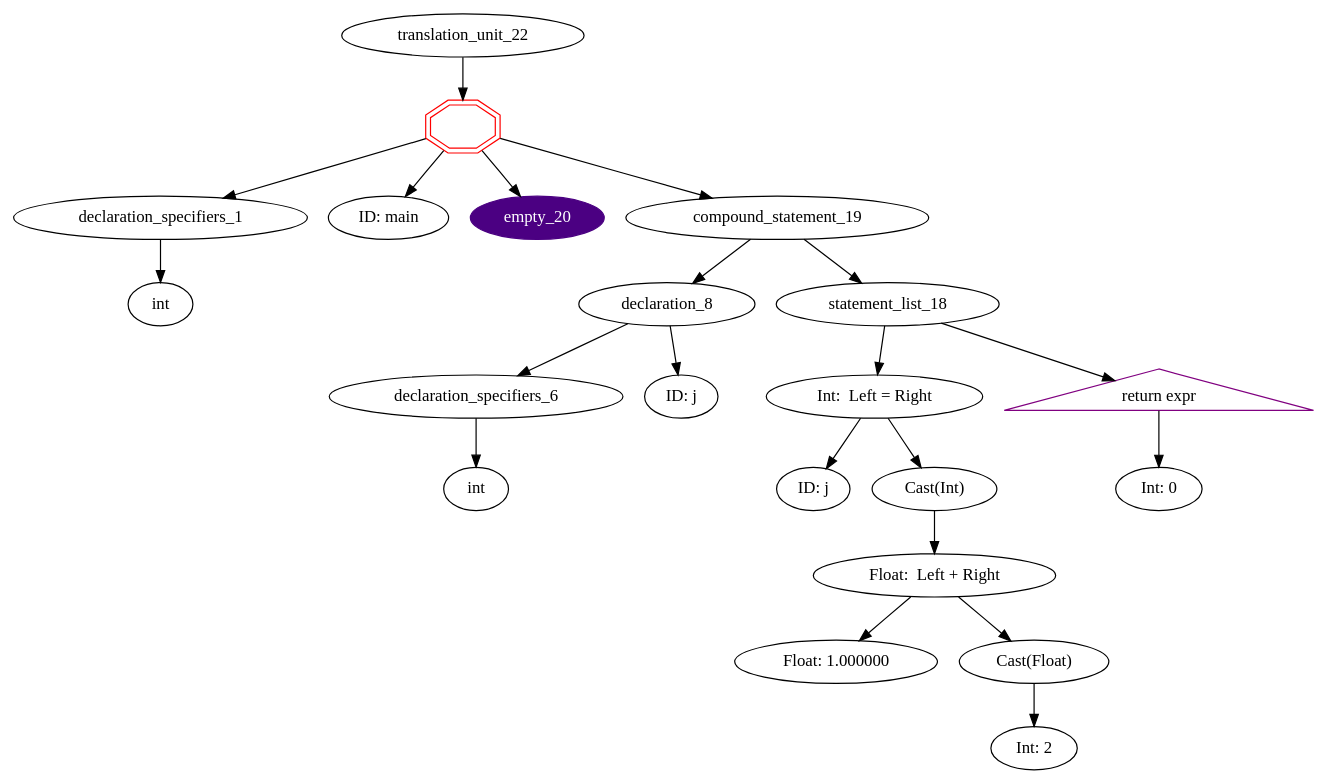
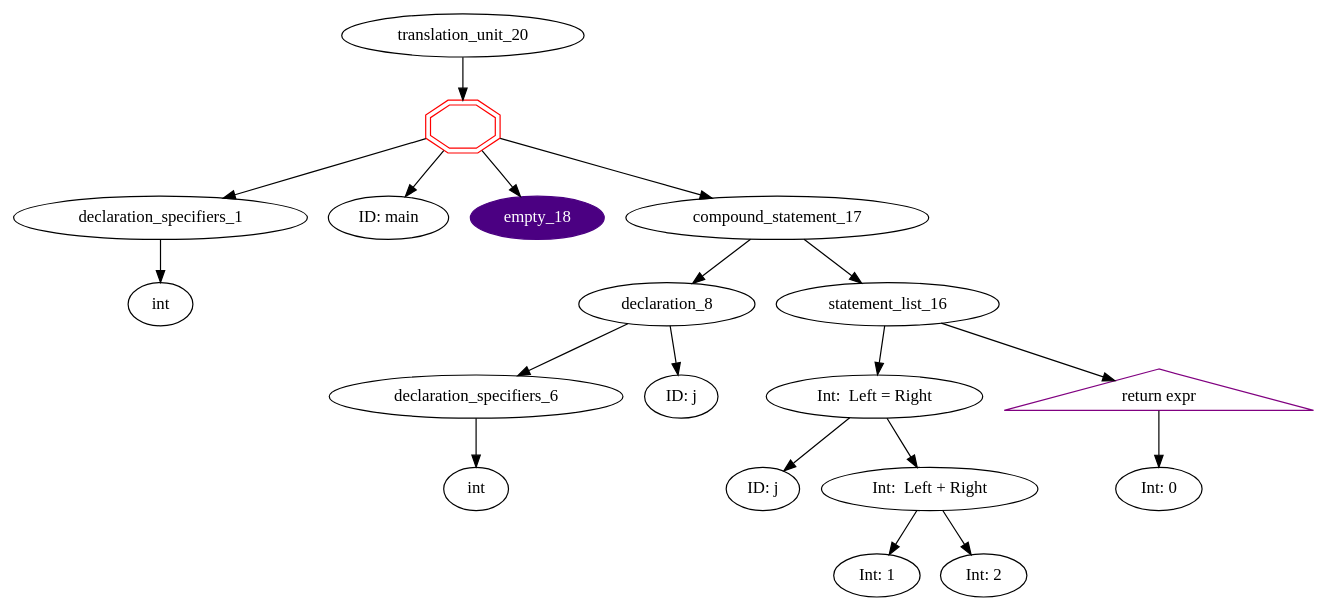
One commit to ahpalmerUNR/c_compiler changed the diagram in graphs/default.gv. Above: the diagram before and after it, drawn with Graphviz. The commit also changed 1 other file, not shown here.

```diff
--- a/graphs/default.gv
+++ b/graphs/default.gv
@@ -1,40 +1,36 @@
 digraph AST {
-	translation_unit_22 -> function_definition_21;
-	function_definition_21 [shape=doubleoctagon,color=red,label=""]
-	function_definition_21 -> declaration_specifiers_1;
+	translation_unit_20 -> function_definition_19;
+	function_definition_19 [shape=doubleoctagon,color=red,label=""]
+	function_definition_19 -> declaration_specifiers_1;
 	declaration_specifiers_1 [label="declaration_specifiers_1"]
 	declaration_specifiers_1 -> type_specifier_0;
 	type_specifier_0 [label="int"]
-	function_definition_21 -> identifier_2;
+	function_definition_19 -> identifier_2;
 	identifier_2 [label="ID: main"]
-	function_definition_21 -> empty_20;
-	empty_20 [style=filled,color=indigo,fontcolor=white]
-	function_definition_21 -> compound_statement_19;
-	compound_statement_19 -> declaration_8;
+	function_definition_19 -> empty_18;
+	empty_18 [style=filled,color=indigo,fontcolor=white]
+	function_definition_19 -> compound_statement_17;
+	compound_statement_17 -> declaration_8;
 	declaration_8 [label="declaration_8"]
 	declaration_8 -> declaration_specifiers_6;
 	declaration_specifiers_6 [label="declaration_specifiers_6"]
 	declaration_specifiers_6 -> type_specifier_5;
 	type_specifier_5 [label="int"]
 	declaration_8 -> identifier_7;
 	identifier_7 [label="ID: j"]
-	compound_statement_19 -> statement_list_18;
-	statement_list_18 -> assignment_expression_14;
-	assignment_expression_14 [label="Int:  Left = Right"]
-	assignment_expression_14 -> identifier_9;
+	compound_statement_17 -> statement_list_16;
+	statement_list_16 -> assignment_expression_13;
+	assignment_expression_13 [label="Int:  Left = Right"]
+	assignment_expression_13 -> identifier_9;
 	identifier_9 [label="ID: j"]
-	assignment_expression_14 -> Implicit_Cast_15;
-	Implicit_Cast_15 [label="Cast(Int)"]
-	Implicit_Cast_15 -> operator_expression_12;
-	operator_expression_12 [label="Float:  Left + Right"]
+	assignment_expression_13 -> operator_expression_12;
+	operator_expression_12 [label="Int:  Left + Right"]
 	operator_expression_12 -> constant_10;
-	constant_10 [label="Float: 1.000000"]
-	operator_expression_12 -> Implicit_Cast13;
-	Implicit_Cast13 [label="Cast(Float)"]
-	Implicit_Cast13 -> constant_11;
+	constant_10 [label="Int: 1"]
+	operator_expression_12 -> constant_11;
 	constant_11 [label="Int: 2"]
-	statement_list_18 -> jump_statement_17;
-	jump_statement_17 [shape = triangle,color=purple,label="return expr"]
-	jump_statement_17 -> constant_16;
-	constant_16 [label="Int: 0"]
+	statement_list_16 -> jump_statement_15;
+	jump_statement_15 [shape = triangle,color=purple,label="return expr"]
+	jump_statement_15 -> constant_14;
+	constant_14 [label="Int: 0"]
 }
```
